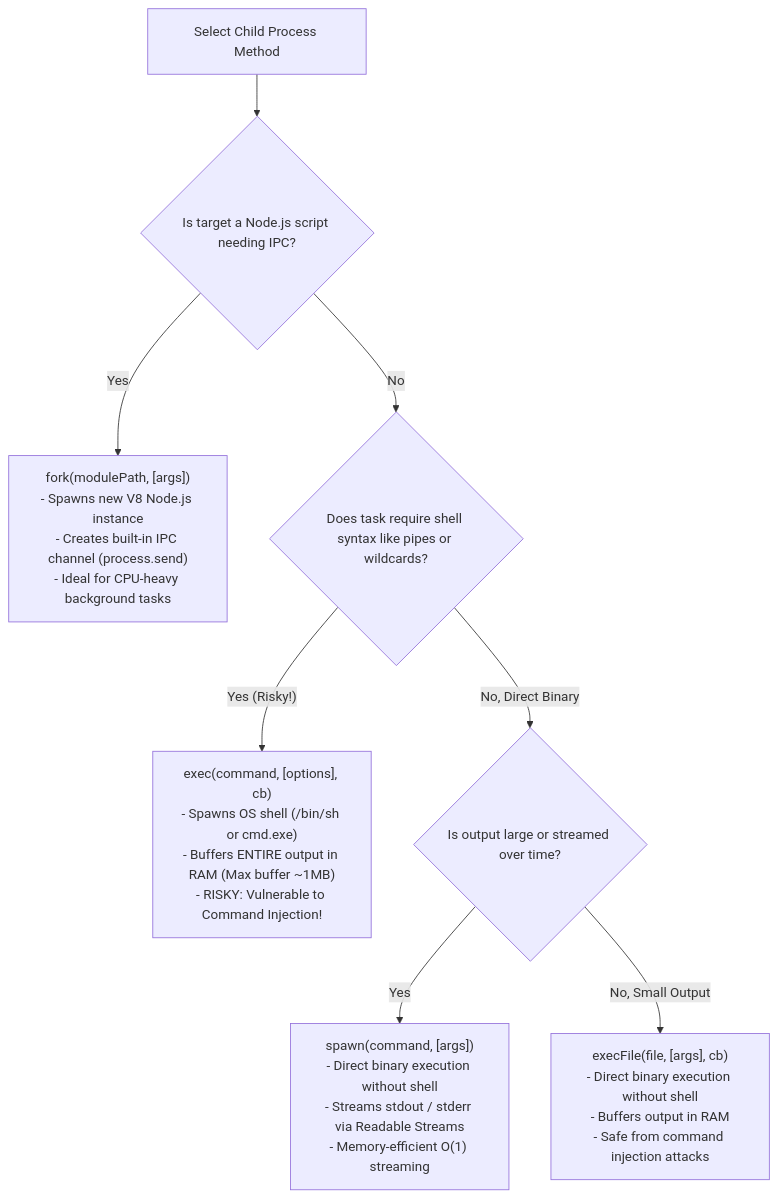
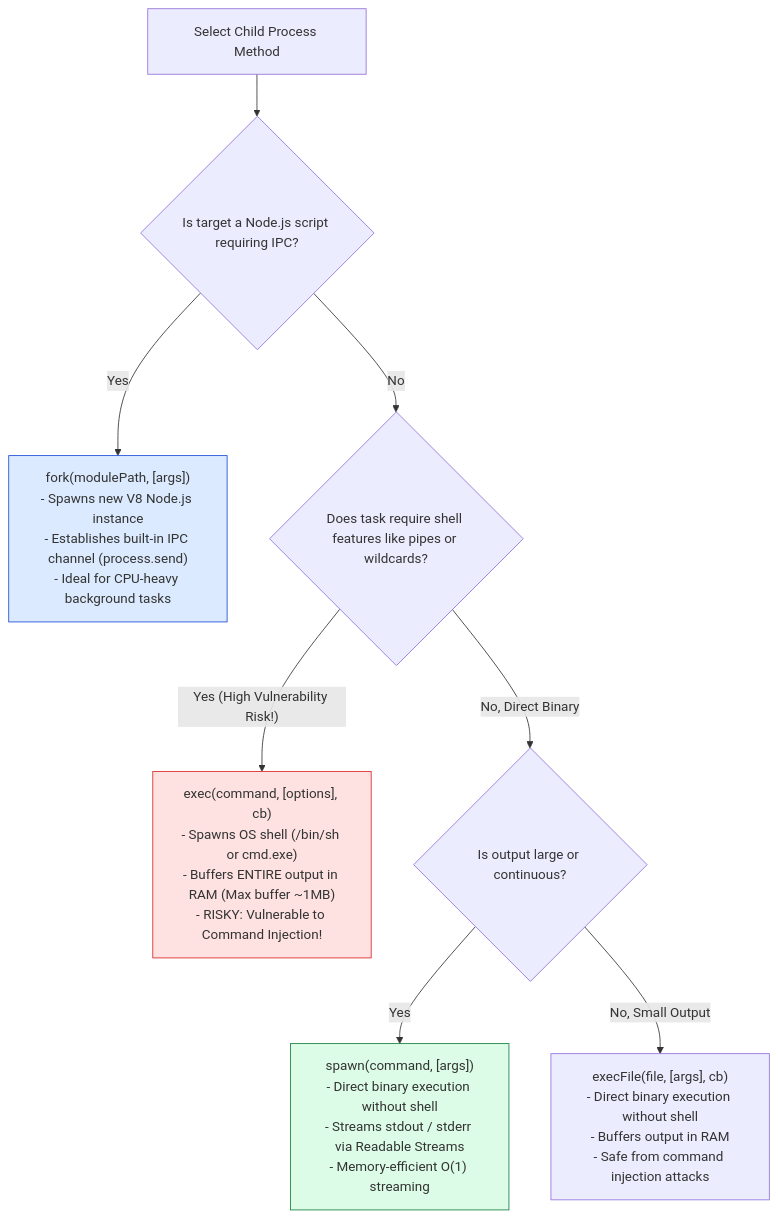
The first of 3 diagrams in nodejs-notes/17-child-processes.md (Amie-dev/engineering-playbook), drawn with Mermaid before and after one commit. The commit also changed other lines of this file and 31 other files, not shown here.

````diff
--- a/nodejs-notes/17-child-processes.md
+++ b/nodejs-notes/17-child-processes.md
@@ -15,16 +17,20 @@
 ```mermaid
 flowchart TD
-    TaskCheck[Select Child Process Method] --> NeedsNodeScript{Is target a Node.js script needing IPC?}
+    TaskCheck[Select Child Process Method] --> NeedsNodeScript{Is target a Node.js script requiring IPC?}
     
-    NeedsNodeScript -- Yes --> ForkMethod["fork(modulePath, [args])<br/>- Spawns new V8 Node.js instance<br/>- Creates built-in IPC channel (process.send)<br/>- Ideal for CPU-heavy background tasks"]
+    NeedsNodeScript -- "Yes" --> ForkMethod["fork(modulePath, [args])<br/>- Spawns new V8 Node.js instance<br/>- Establishes built-in IPC channel (process.send)<br/>- Ideal for CPU-heavy background tasks"]
 
-    NeedsNodeScript -- No --> NeedsShell{Does task require shell syntax like pipes or wildcards?}
+    NeedsNodeScript -- "No" --> NeedsShell{Does task require shell features like pipes or wildcards?}
 
-    NeedsShell -- Yes (Risky!) --> ExecMethod["exec(command, [options], cb)<br/>- Spawns OS shell (/bin/sh or cmd.exe)<br/>- Buffers ENTIRE output in RAM (Max buffer ~1MB)<br/>- RISKY: Vulnerable to Command Injection!"]
+    NeedsShell -- "Yes (High Vulnerability Risk!)" --> ExecMethod["exec(command, [options], cb)<br/>- Spawns OS shell (/bin/sh or cmd.exe)<br/>- Buffers ENTIRE output in RAM (Max buffer ~1MB)<br/>- RISKY: Vulnerable to Command Injection!"]
 
-    NeedsShell -- No, Direct Binary --> IsStreamed{Is output large or streamed over time?}
+    NeedsShell -- "No, Direct Binary" --> IsStreamed{Is output large or continuous?}
 
-    IsStreamed -- Yes --> SpawnMethod["spawn(command, [args])<br/>- Direct binary execution without shell<br/>- Streams stdout / stderr via Readable Streams<br/>- Memory-efficient O(1) streaming"]
+    IsStreamed -- "Yes" --> SpawnMethod["spawn(command, [args])<br/>- Direct binary execution without shell<br/>- Streams stdout / stderr via Readable Streams<br/>- Memory-efficient O(1) streaming"]
 
-    IsStreamed -- No, Small Output --> ExecFileMethod["execFile(file, [args], cb)<br/>- Direct binary execution without shell<br/>- Buffers output in RAM<br/>- Safe from command injection attacks"]
+    IsStreamed -- "No, Small Output" --> ExecFileMethod["execFile(file, [args], cb)<br/>- Direct binary execution without shell<br/>- Buffers output in RAM<br/>- Safe from command injection attacks"]
+
+    style ForkMethod fill:#dbeafe,stroke:#1d4ed8
+    style SpawnMethod fill:#dcfce7,stroke:#15803d
+    style ExecMethod fill:#fee2e2,stroke:#dc2626
 ```
````
